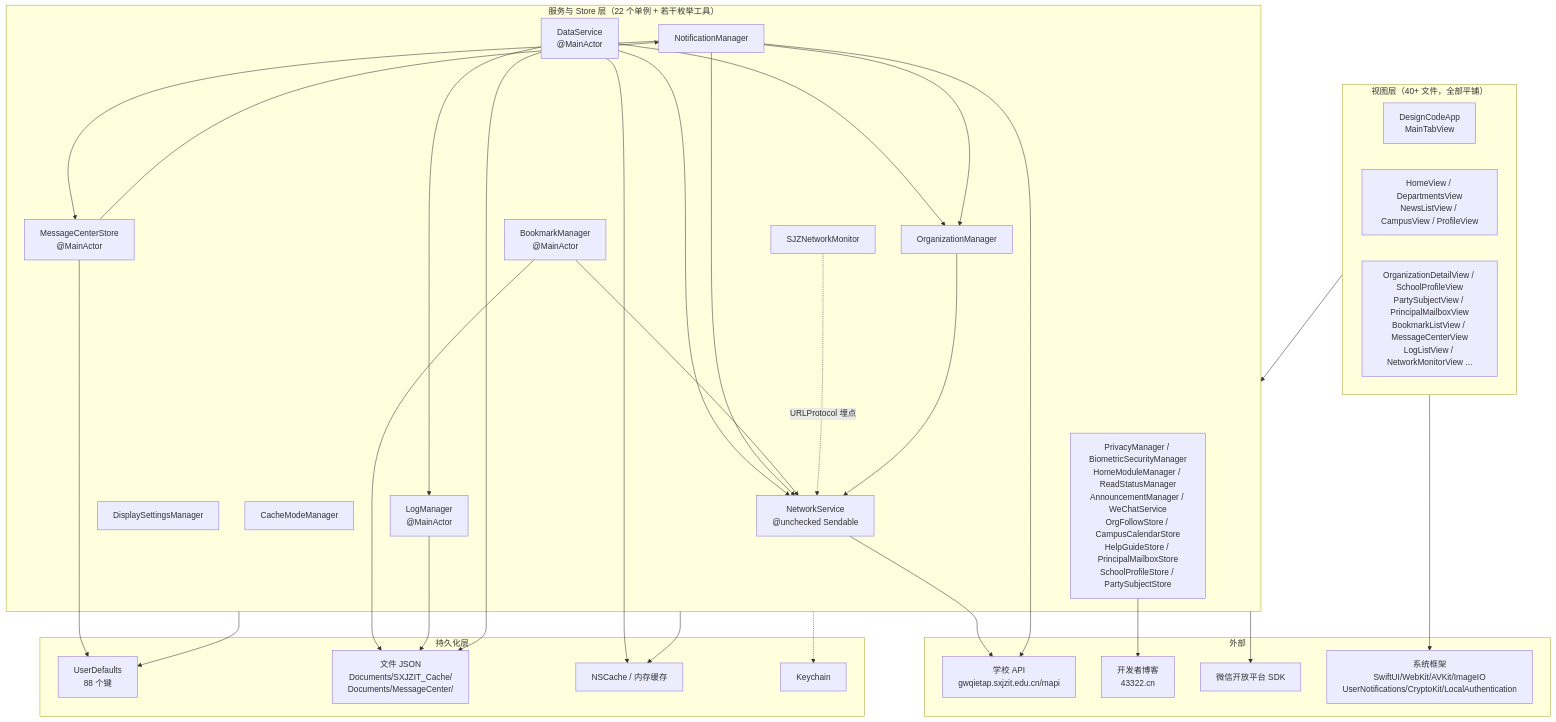
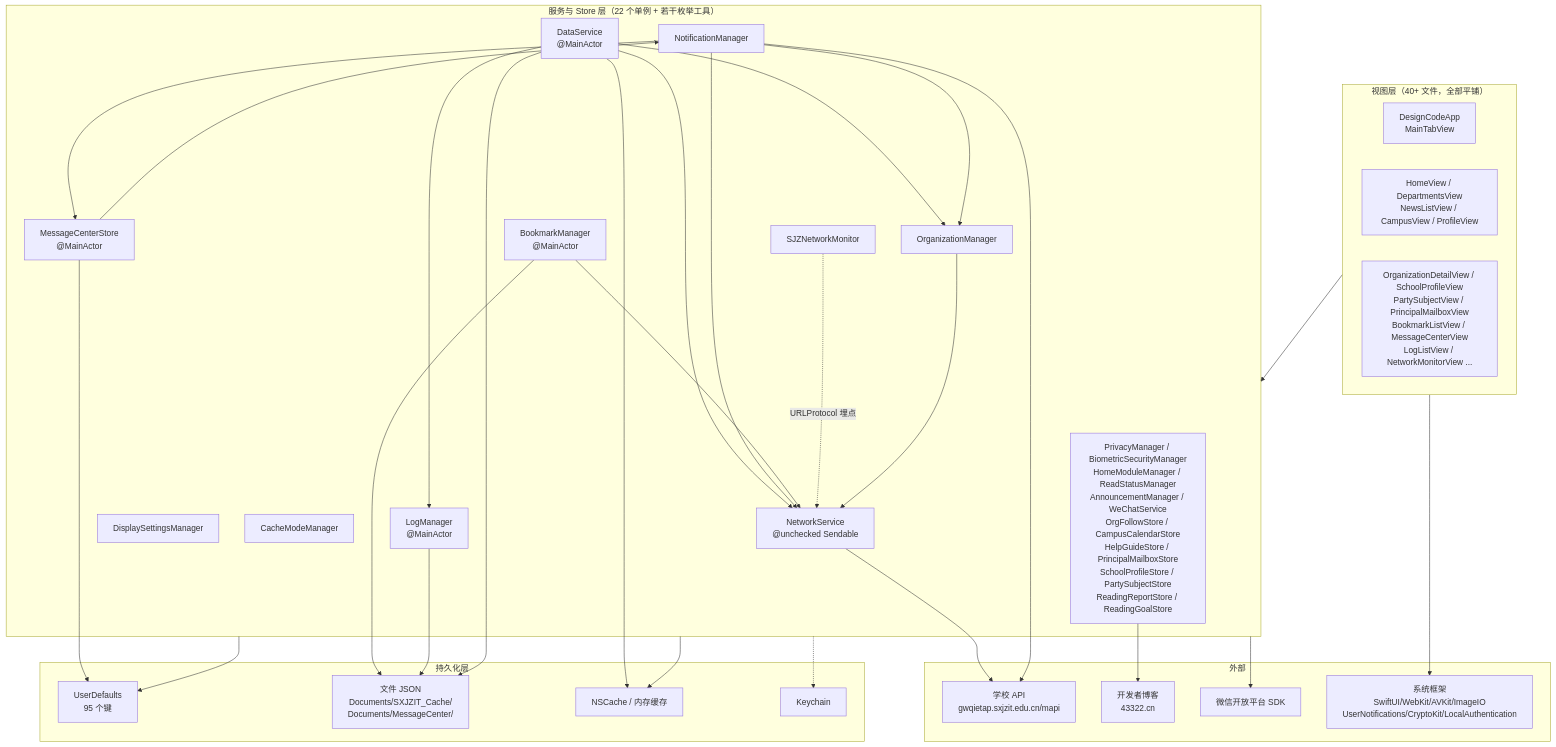
Before and after one commit to kkkh/demo: the first of 2 diagrams in code-wiki/04-依赖关系.md, drawn with Mermaid. The commit also changed other lines of this file and 9 other files, not shown here.

````diff
--- a/code-wiki/04-依赖关系.md
+++ b/code-wiki/04-依赖关系.md
@@ -12,61 +12,61 @@
 ```mermaid
 graph TD
     subgraph V["视图层（40+ 文件，全部平铺）"]
         SHELL["DesignCodeApp<br/>MainTabView"]
         TABS["HomeView / DepartmentsView<br/>NewsListView / CampusView / ProfileView"]
         FEAT["OrganizationDetailView / SchoolProfileView<br/>PartySubjectView / PrincipalMailboxView<br/>BookmarkListView / MessageCenterView<br/>LogListView / NetworkMonitorView ..."]
     end
 
     subgraph S["服务与 Store 层（22 个单例 + 若干枚举工具）"]
         DS["DataService<br/>@MainActor"]
         NS["NetworkService<br/>@unchecked Sendable"]
         ORG["OrganizationManager"]
         NM["NotificationManager"]
         MCS["MessageCenterStore<br/>@MainActor"]
         BM["BookmarkManager<br/>@MainActor"]
         DSM["DisplaySettingsManager"]
         CMM["CacheModeManager"]
         LM["LogManager<br/>@MainActor"]
         MON["SJZNetworkMonitor"]
-        OTH["PrivacyManager / BiometricSecurityManager<br/>HomeModuleManager / ReadStatusManager<br/>AnnouncementManager / WeChatService<br/>OrgFollowStore / CampusCalendarStore<br/>HelpGuideStore / PrincipalMailboxStore<br/>SchoolProfileStore / PartySubjectStore"]
+        OTH["PrivacyManager / BiometricSecurityManager<br/>HomeModuleManager / ReadStatusManager<br/>AnnouncementManager / WeChatService<br/>OrgFollowStore / CampusCalendarStore<br/>HelpGuideStore / PrincipalMailboxStore<br/>SchoolProfileStore / PartySubjectStore<br/>ReadingReportStore / ReadingGoalStore"]
     end
 
     subgraph P["持久化层"]
-        UD["UserDefaults<br/>88 个键"]
+        UD["UserDefaults<br/>95 个键"]
         FILES["文件 JSON<br/>Documents/SXJZIT_Cache/<br/>Documents/MessageCenter/"]
         NC["NSCache / 内存缓存"]
         KC["Keychain"]
     end
 
     subgraph EXT["外部"]
         API["学校 API<br/>gwqietap.sxjzit.edu.cn/mapi"]
         BLOG["开发者博客<br/>43322.cn"]
         WX["微信开放平台 SDK"]
         SYS["系统框架<br/>SwiftUI/WebKit/AVKit/ImageIO<br/>UserNotifications/CryptoKit/LocalAuthentication"]
     end
 
     V --> S
     DS --> NS
     DS --> ORG
     DS --> LM
     NM --> NS
     NM --> MCS
     NM --> ORG
     BM --> NS
     MCS --> NM
     MON -.->|"URLProtocol 埋点"| NS
     ORG --> NS
     MCS --> UD
     BM --> FILES
     LM --> FILES
     DS --> FILES
     DS --> NC
     S --> UD
     S --> NC
     S -.-> KC
     NS --> API
     NM --> API
     OTH --> BLOG
     S --> WX
     V --> SYS
 ```
````
